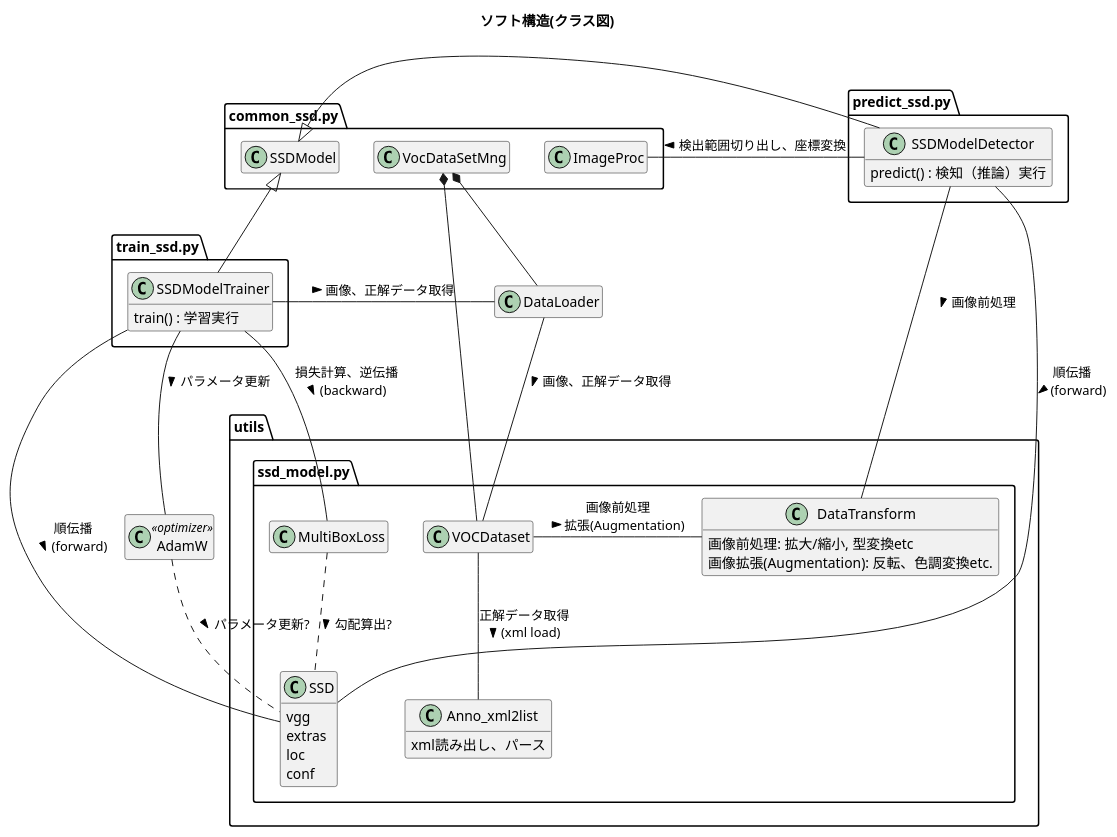
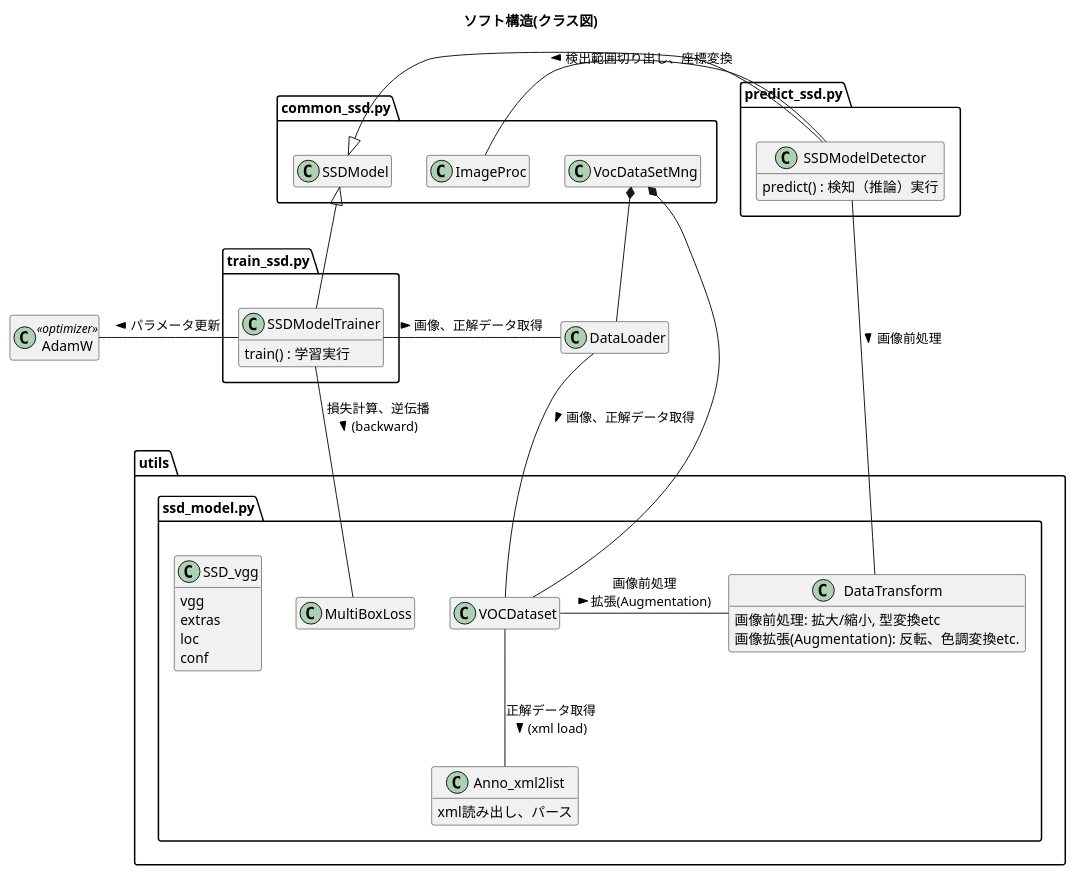
Before and after one commit to Shimasaki2021/pytorch_ssd_trial: the diagram in fig/soft_structure.pu, drawn with PlantUML. The commit also changed 3 other files, not shown here.

```diff
--- a/fig/soft_structure.pu
+++ b/fig/soft_structure.pu
@@ -1,83 +1,83 @@
 @startuml soft_structure
 
 hide empty members
 allowmixing
 
 title ソフト構造(クラス図)
 
 ' package data {
 '     database "画像" as ImageFile
 '     database "正解データ(xml)" as AnnoFile
 '     database "VGG16学習済みパラメータ" as vgg16_reducefdc
 
 ' }
 
 
 class AdamW << optimizer >>
 
 package utils {
     package "ssd_model.py" as ssd_model {
-        class SSD {
+        class SSD_vgg {
             vgg
             extras
             loc
             conf
         }
         class VOCDataset
         class DataTransform
         {
             {method}画像前処理: 拡大/縮小, 型変換etc
             {method}画像拡張(Augmentation): 反転、色調変換etc.
         }
         class Anno_xml2list
         {
             {method}xml読み出し、パース
         }
         class MultiBoxLoss
     }
 }
 
 package "common_ssd.py" as common_ssd {
     class SSDModel
     class VocDataSetMng
     class ImageProc
 }
 
 package "train_ssd.py" as train_ssd {
     class SSDModelTrainer {
         train() : 学習実行
     }
 }
 
 package "predict_ssd.py" as predict_ssd {
     class SSDModelDetector {
         predict() : 検知（推論）実行
     }
 }
 
 SSDModel <|- SSDModelTrainer
 SSDModel <|- SSDModelDetector
 
 SSDModelTrainer - DataLoader : 画像、正解データ取得 >
 ' SSD -- vgg16_reducefdc : load >
-SSDModelTrainer - SSD : 順伝播\n(forward) >
+' SSDModelTrainer - SSD_vgg : 順伝播\n(forward) >
 SSDModelTrainer - MultiBoxLoss : 損失計算、逆伝播\n(backward) >
-SSDModelTrainer -d- AdamW : パラメータ更新 >
-MultiBoxLoss .. SSD : 勾配算出? >
-AdamW .. SSD : パラメータ更新? >
+SSDModelTrainer -l- AdamW : パラメータ更新 >
+' MultiBoxLoss .. SSD_vgg : 勾配算出? >
+' AdamW .. SSD_vgg : パラメータ更新? >
 
+SSDModelDetector -- DataTransform : 画像前処理 >
 SSDModelDetector - ImageProc : 検出範囲切り出し、座標変換 >
-SSDModelDetector -- DataTransform : 画像前処理 >
-SSDModelDetector - SSD : 順伝播\n(forward) >
+' SSDModelDetector - SSD_vgg : 順伝播\n(forward) >
 
 
 VocDataSetMng *-- VOCDataset
 VocDataSetMng *-- DataLoader
 
 DataLoader -- VOCDataset : 画像、正解データ取得 >
 VOCDataset - DataTransform : 画像前処理\n拡張(Augmentation) >
 VOCDataset -d- Anno_xml2list : 正解データ取得\n(xml load) > 
 ' Anno_xml2list -- AnnoFile : load >
 ' VOCDataset -- ImageFile : load >
 
 @enduml
```
